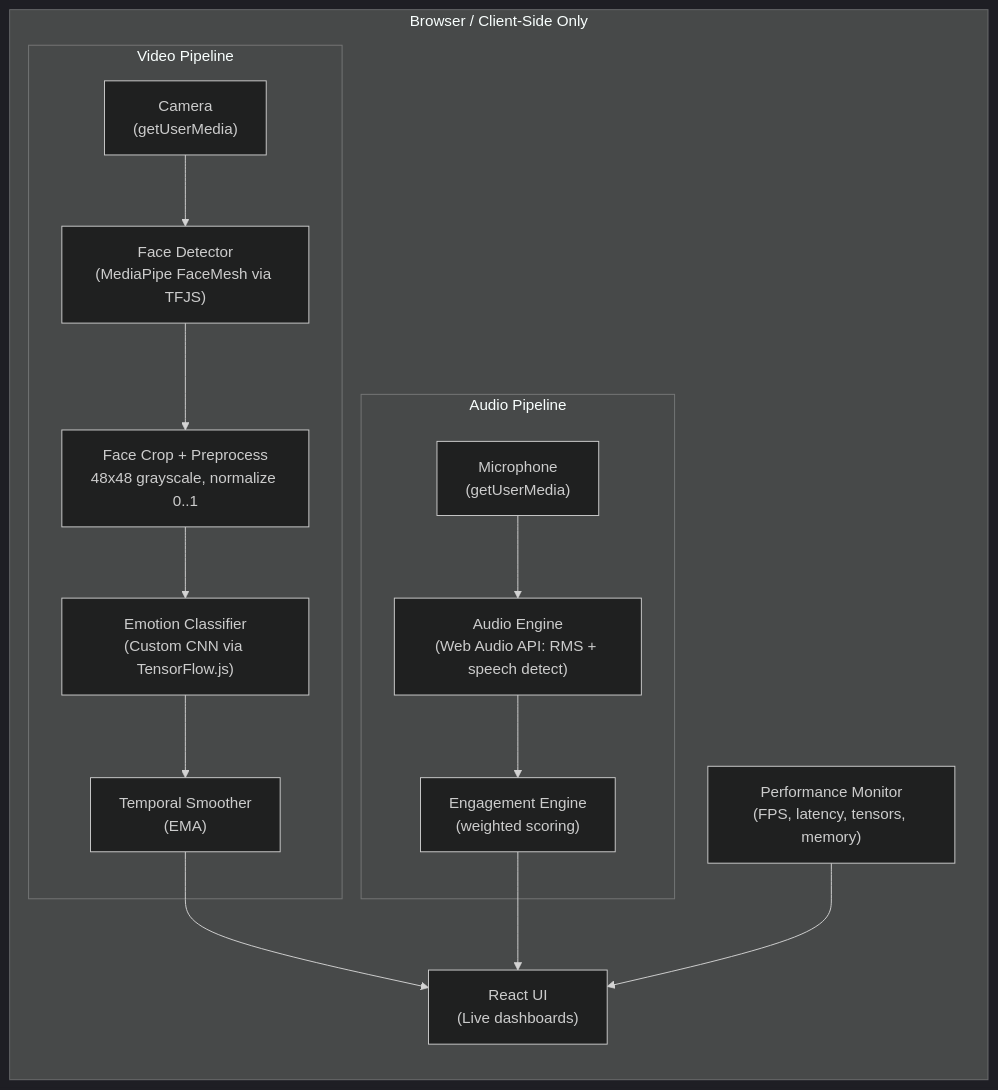
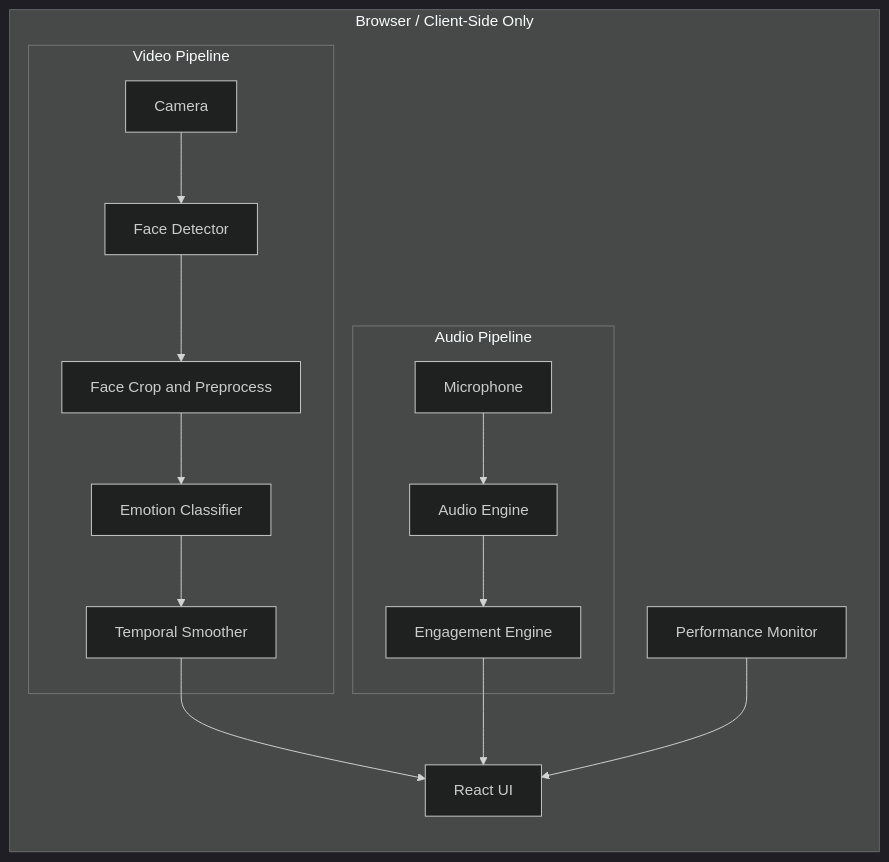
One commit to manideepsp/TensorflowJS-ReactivAI changed the diagram in README.md. Above: the diagram before and after it, drawn with Mermaid (dark theme).

Commit message:
docs: simplify Mermaid for GitHub rendering

````diff
--- a/README.md
+++ b/README.md
@@ -44,23 +44,23 @@
 ```mermaid
 flowchart LR
   subgraph B[Browser / Client-Side Only]
     subgraph V[Video Pipeline]
-      Cam["Camera<br/>(getUserMedia)"] --> FD["Face Detector<br/>(MediaPipe FaceMesh via TFJS)"]
-      FD --> Crop["Face Crop + Preprocess<br/>48x48 grayscale, normalize 0..1"]
-      Crop --> EC["Emotion Classifier<br/>(Custom CNN via TensorFlow.js)"]
-      EC --> TS["Temporal Smoother<br/>(EMA)"]
+      Cam[Camera] --> FD[Face Detector]
+      FD --> Crop[Face Crop and Preprocess]
+      Crop --> EC[Emotion Classifier]
+      EC --> TS[Temporal Smoother]
     end
 
     subgraph A[Audio Pipeline]
-      Mic["Microphone<br/>(getUserMedia)"] --> AE["Audio Engine<br/>(Web Audio API: RMS + speech detect)"]
-      AE --> EE["Engagement Engine<br/>(weighted scoring)"]
+      Mic[Microphone] --> AE[Audio Engine]
+      AE --> EE[Engagement Engine]
     end
 
-    PM["Performance Monitor<br/>(FPS, latency, tensors, memory)"]
-    UI["React UI<br/>(Live dashboards)"]
+    PM[Performance Monitor]
+    UI[React UI]
 
     TS --> UI
     EE --> UI
     PM --> UI
   end
 ```
````
